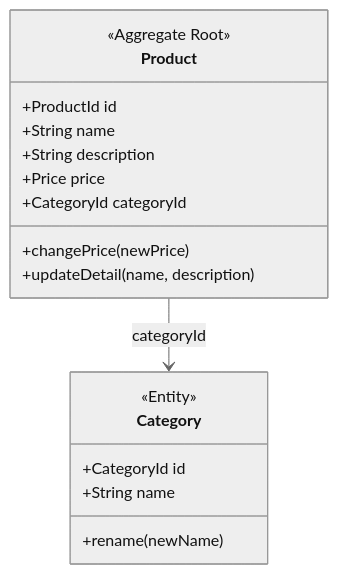
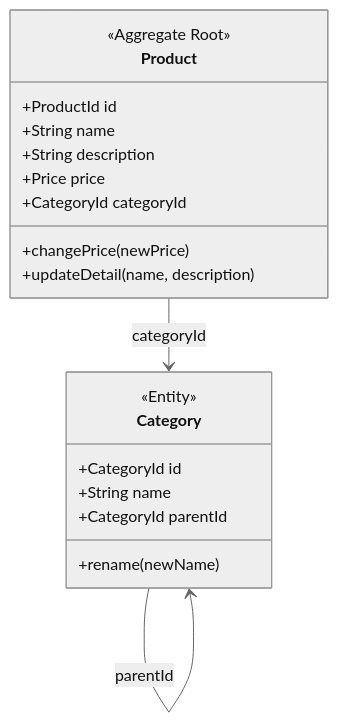
One commit to yoshiaki-n/sample-boot-app changed the first of 4 diagrams in doc/domain-models.md. Above: the diagram before and after it, drawn with Mermaid (neutral theme). The commit also changed 11 other files, not shown here.

````diff
--- a/doc/domain-models.md
+++ b/doc/domain-models.md
@@ -12,22 +12,25 @@
 ```mermaid
 classDiagram
     class Product {
         <<Aggregate Root>>
         +ProductId id
         +String name
         +String description
         +Price price
         +CategoryId categoryId
         +changePrice(newPrice)
         +updateDetail(name, description)
     }
 
     class Category {
         <<Entity>>
         +CategoryId id
         +String name
+        +CategoryId parentId
         +rename(newName)
     }
 
+    Category --> Category : parentId
+
     Product --> Category : categoryId
 ```
````
